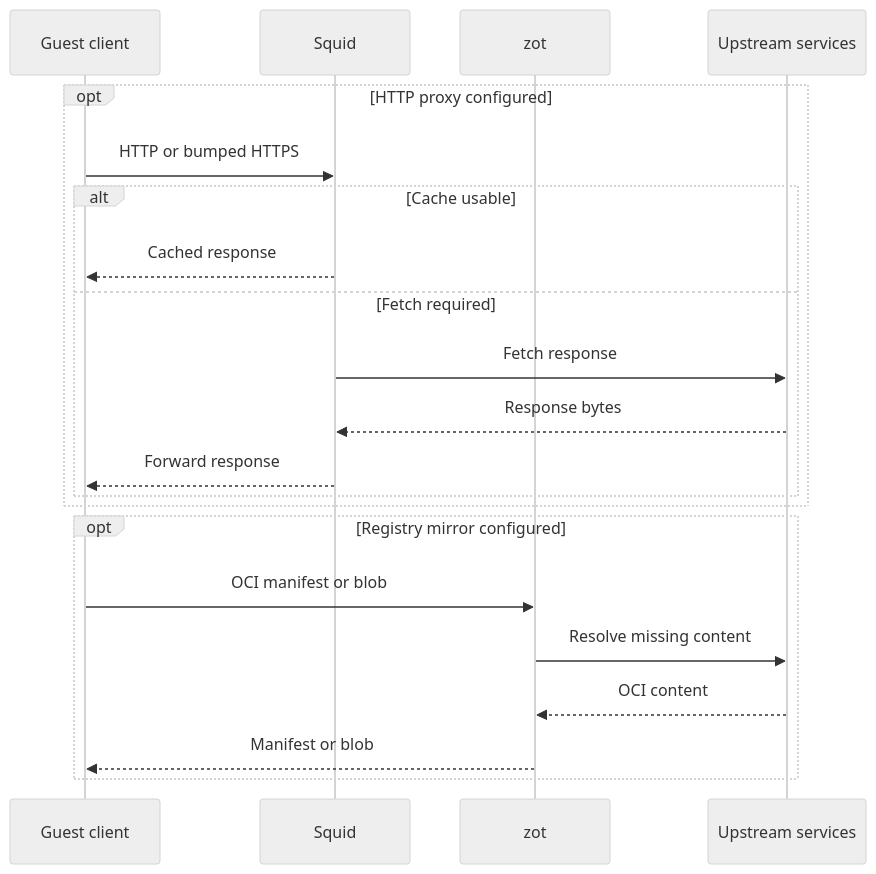
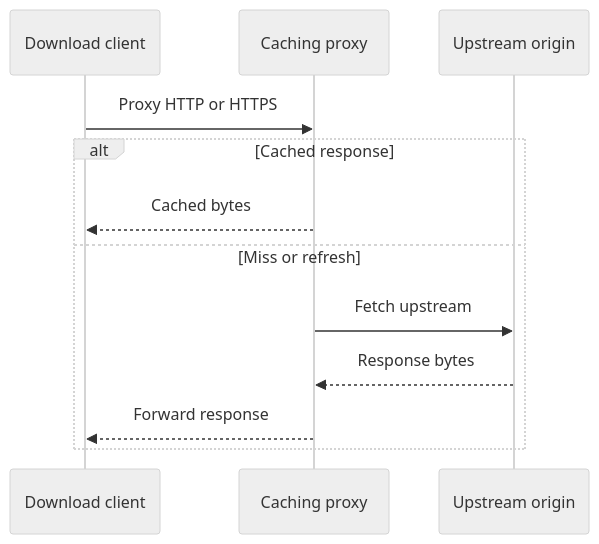
The third of 8 diagrams in docs/design/03-data-flows.md (alissonsol/yuruna), drawn with Mermaid (neutral theme) before and after one commit. The commit also changed other lines of this file and 1383 other files, not shown here.

````diff
--- a/docs/design/03-data-flows.md
+++ b/docs/design/03-data-flows.md
@@ -114,23 +153,14 @@
 ```mermaid
 sequenceDiagram
-    participant guest as Guest client
-    participant squid as Squid
-    participant zot as zot
-    participant upstream as Upstream services
-    opt HTTP proxy configured
-        guest->>squid: HTTP or bumped HTTPS
-        alt Cache usable
-            squid-->>guest: Cached response
-        else Fetch required
-            squid->>upstream: Fetch response
-            upstream-->>squid: Response bytes
-            squid-->>guest: Forward response
-        end
-    end
-    opt Registry mirror configured
-        guest->>zot: OCI manifest or blob
-        zot->>upstream: Resolve missing content
-        upstream-->>zot: OCI content
-        zot-->>guest: Manifest or blob
+    participant yuruna-hostdownload-psm1 as Download client
+    participant caching-proxy-service as Caching proxy
+    participant global-resources as Upstream origin
+    yuruna-hostdownload-psm1->>caching-proxy-service: Proxy HTTP or HTTPS
+    alt Cached response
+        caching-proxy-service-->>yuruna-hostdownload-psm1: Cached bytes
+    else Miss or refresh
+        caching-proxy-service->>global-resources: Fetch upstream
+        global-resources-->>caching-proxy-service: Response bytes
+        caching-proxy-service-->>yuruna-hostdownload-psm1: Forward response
     end
 ```
````
